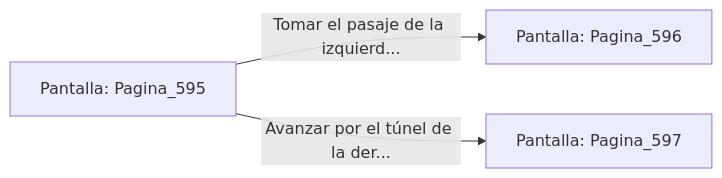
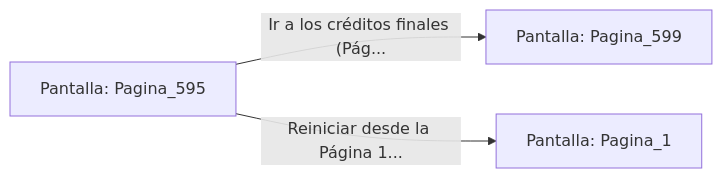
Before and after one commit to metsuke/mpl: the diagram in sample/eligejuego-vault/Pantalla_Pagina_595.md, drawn with Mermaid. The commit also changed other lines of this file and 635 other files, not shown here.

First line of the commit message:
fix: añadir Pagina_1 como pantalla inicial en capitulo_01.mpl

````diff
--- a/sample/eligejuego-vault/Pantalla_Pagina_595.md
+++ b/sample/eligejuego-vault/Pantalla_Pagina_595.md
@@ -20,6 +24,6 @@
 ```mermaid
 graph LR
     P_Pagina_595["Pantalla: Pagina_595"]
-    P_Pagina_595 -->|"Tomar el pasaje de la izquierd..."| P_Pagina_596["Pantalla: Pagina_596"]
-    P_Pagina_595 -->|"Avanzar por el túnel de la der..."| P_Pagina_597["Pantalla: Pagina_597"]
+    P_Pagina_595 -->|"Ir a los créditos finales (Pág..."| P_Pagina_599["Pantalla: Pagina_599"]
+    P_Pagina_595 -->|"Reiniciar desde la Página 1..."| P_Pagina_1["Pantalla: Pagina_1"]
 ```
````
